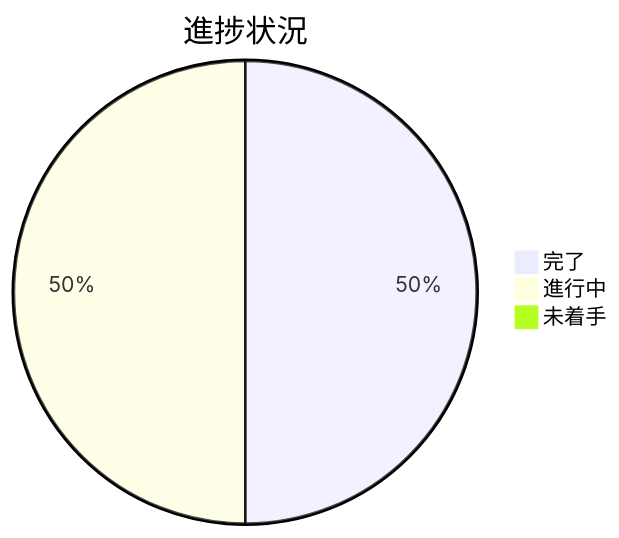
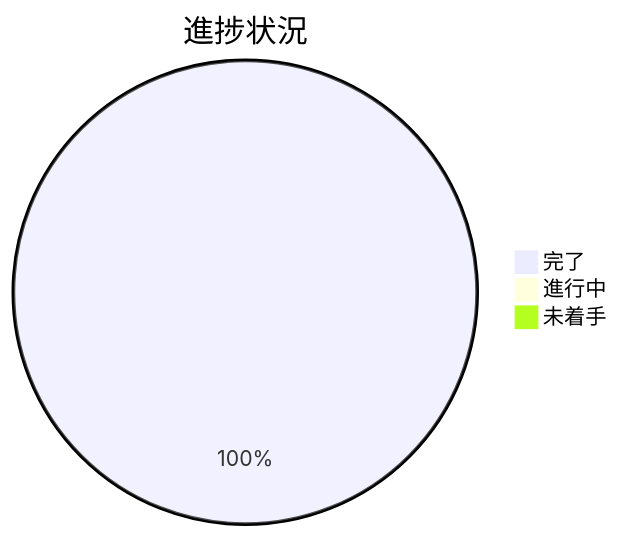
The diagram in docs/maintainer/workflow/20260716_013937_worktree運用規律/90_issues.md (techbeansjp-free/AGENTS.md), drawn with Mermaid before and after one commit. The commit also changed other lines of this file, not shown here.

````diff
--- a/docs/maintainer/workflow/20260716_013937_worktree運用規律/90_issues.md
+++ b/docs/maintainer/workflow/20260716_013937_worktree運用規律/90_issues.md
@@ -34,6 +34,6 @@
 ```mermaid
 pie title 進捗状況
-    "完了" : 1
-    "進行中" : 1
+    "完了" : 2
+    "進行中" : 0
     "未着手" : 0
 ```
````
